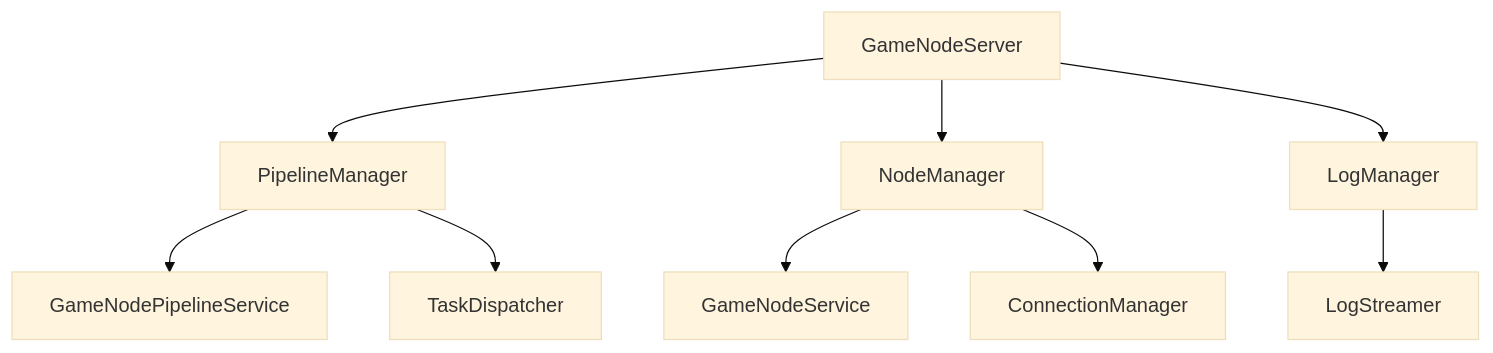
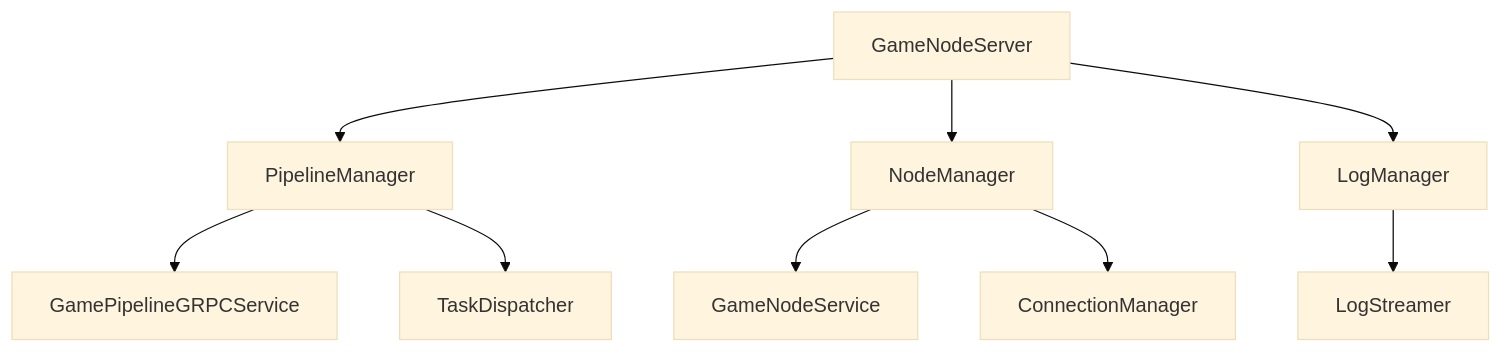
The diagram in docs/design/gamenode_server.md (open-beagle/beagle-wind-game), drawn with Mermaid (base theme) before and after one commit. The commit also changed other lines of this file and 25 other files, not shown here.

````diff
--- a/docs/design/gamenode_server.md
+++ b/docs/design/gamenode_server.md
@@ -345,13 +345,13 @@
 ```mermaid
 graph TD
     A[GameNodeServer] --> B[PipelineManager]
     A --> C[NodeManager]
     A --> D[LogManager]
 
-    B --> E[GameNodePipelineService]
+    B --> E[GamePipelineGRPCService]
     C --> F[GameNodeService]
 
     B --> G[TaskDispatcher]
     C --> H[ConnectionManager]
     D --> I[LogStreamer]
 ```
````
